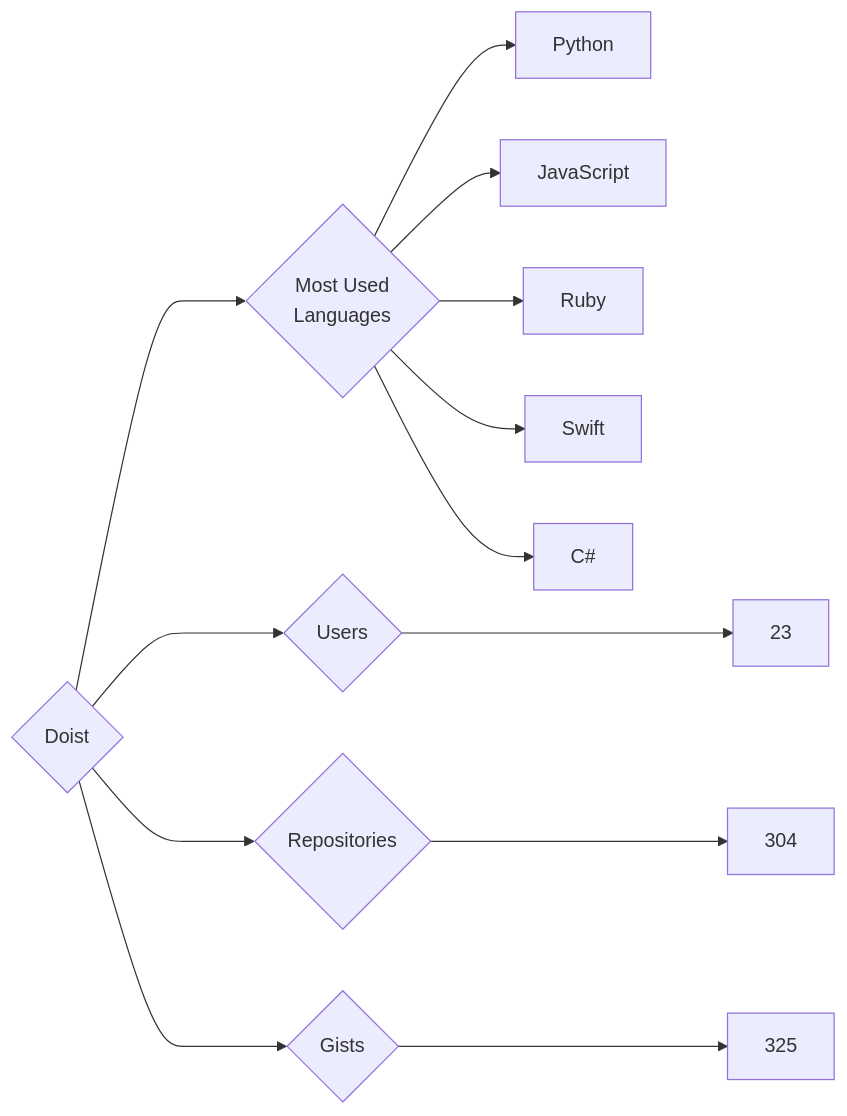
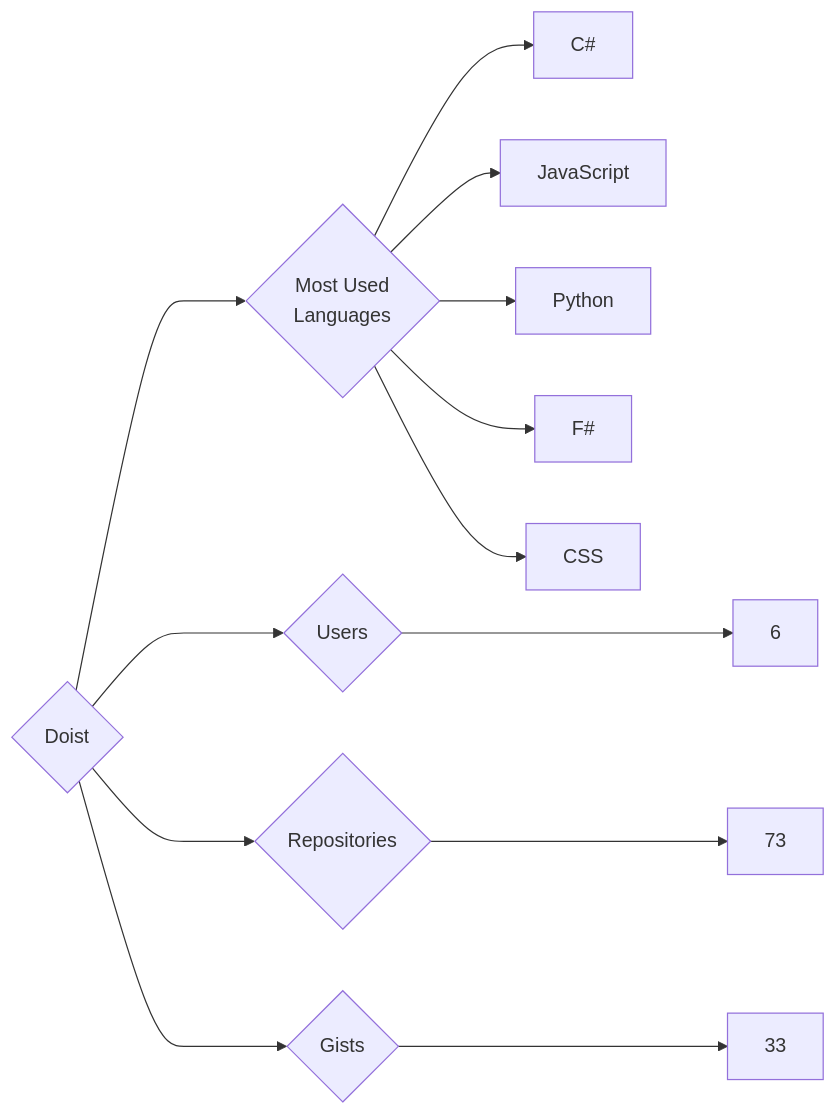
Before and after one commit to trickest/insiders: the diagram in targets/Doist/README.md, drawn with Mermaid. The commit also changed 934 other files, not shown here.

````diff
--- a/targets/Doist/README.md
+++ b/targets/Doist/README.md
@@ -3,13 +3,13 @@
 ```mermaid
 graph LR
 COMPANY_NAME{Doist}
-COMPANY_NAME ---> U{Users} ---> UN[23]
-COMPANY_NAME ---> R{Repositories} ---> RN[304]
-COMPANY_NAME ---> G{Gists} ---> GN[325]
+COMPANY_NAME ---> U{Users} ---> UN[6]
+COMPANY_NAME ---> R{Repositories} ---> RN[73]
+COMPANY_NAME ---> G{Gists} ---> GN[33]
 COMPANY_NAME ---> ML{Most Used<br>Languages}
+ML --> C#[C#]
+ML --> JavaScript[JavaScript]
 ML --> Python[Python]
-ML --> JavaScript[JavaScript]
-ML --> Ruby[Ruby]
-ML --> Swift[Swift]
-ML --> C#[C#]
+ML --> F#[F#]
+ML --> CSS[CSS]
 ```
````
